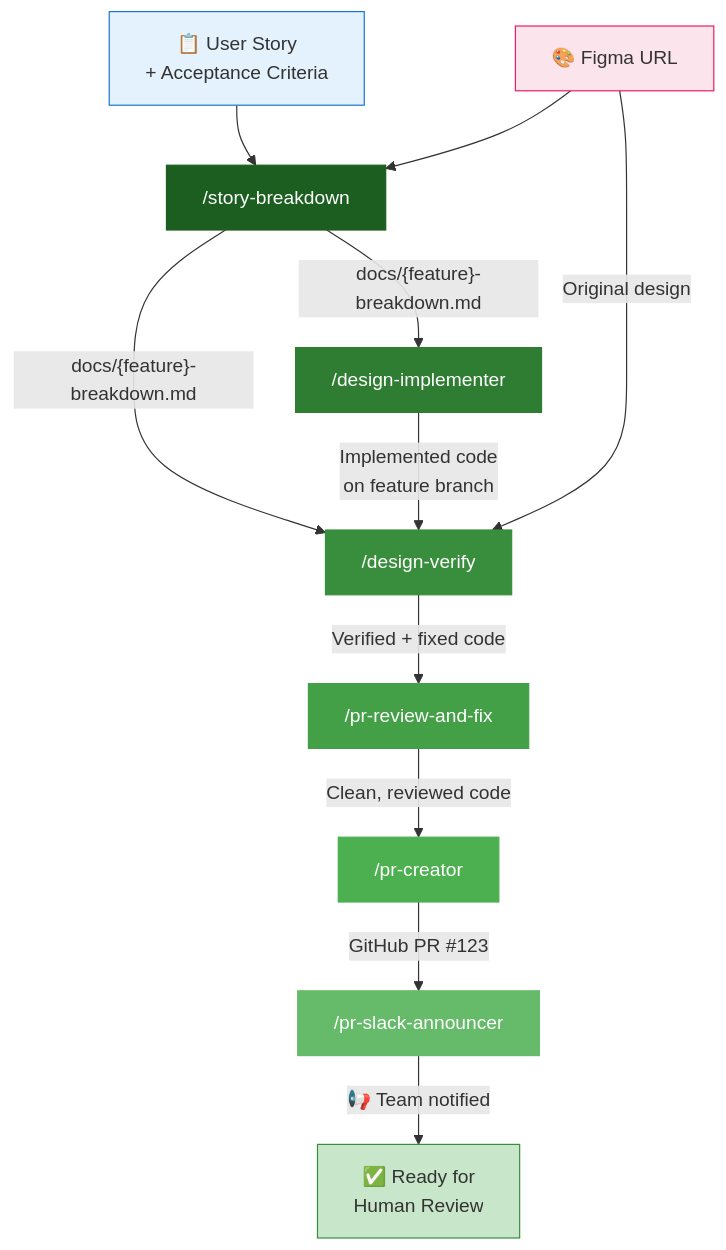
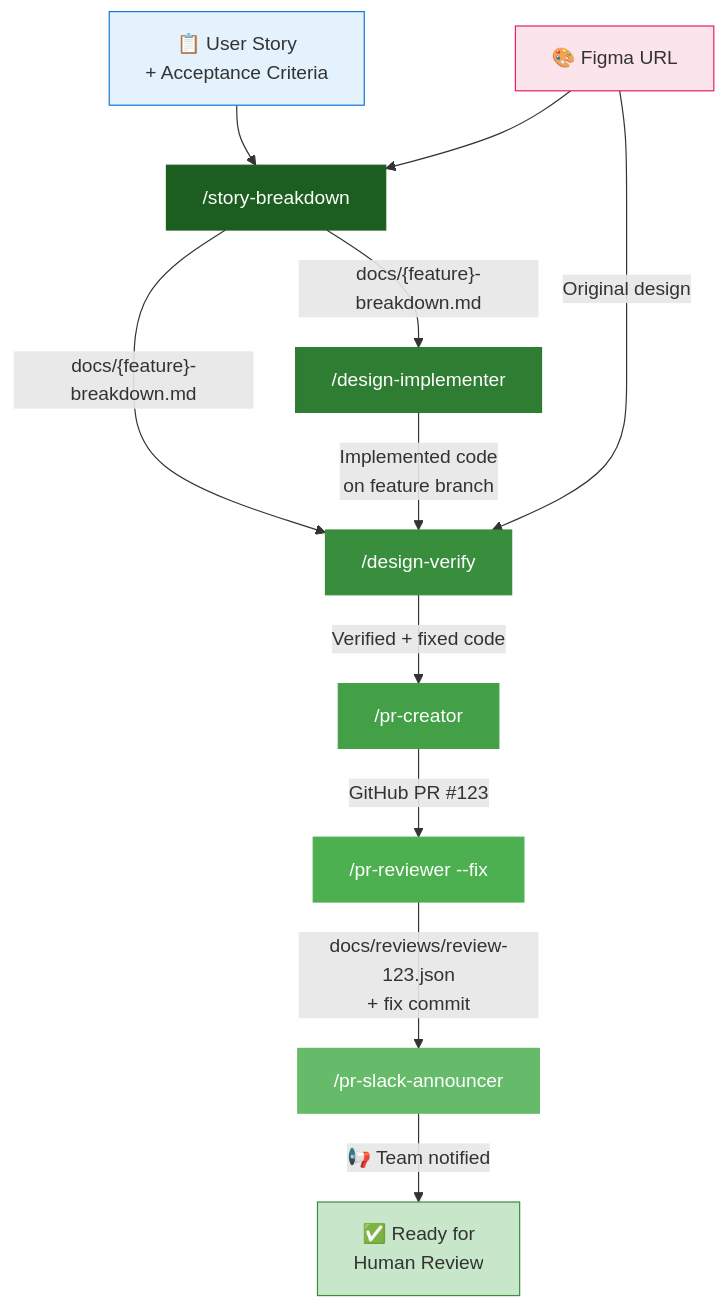
Diagram 13 of 17 in docs/development-workflow.md (karanivincent/claude-code-tools), drawn with Mermaid before and after one commit. The commit also changed other lines of this file, not shown here.

First line of the commit message:
docs: rename /pr-review-and-fix to /pr-reviewer --fix and fix the pipeline order (#19)

````diff
--- a/docs/development-workflow.md
+++ b/docs/development-workflow.md
@@ -384,36 +424,36 @@
 ```mermaid
 flowchart TD
     US["📋 User Story<br/>+ Acceptance Criteria"] --> SB
     FIG["🎨 Figma URL"] --> SB
 
     SB["/story-breakdown"]
     SB -->|"docs/{feature}-breakdown.md"| DI
     SB -->|"docs/{feature}-breakdown.md"| DV
 
     DI["/design-implementer"]
     DI -->|"Implemented code<br/>on feature branch"| DV
 
     FIG -->|"Original design"| DV
 
     DV["/design-verify"]
-    DV -->|"Verified + fixed code"| PRF
-
-    PRF["/pr-review-and-fix"]
-    PRF -->|"Clean, reviewed code"| PRC
+    DV -->|"Verified + fixed code"| PRC
 
     PRC["/pr-creator"]
-    PRC -->|"GitHub PR #123"| PSA
+    PRC -->|"GitHub PR #123"| PRR
+
+    PRR["/pr-reviewer --fix"]
+    PRR -->|"docs/reviews/review-123.json<br/>+ fix commit"| PSA
 
     PSA["/pr-slack-announcer"]
     PSA -->|"📢 Team notified"| DONE["✅ Ready for<br/>Human Review"]
 
     style US fill:#E3F2FD,stroke:#1976D2
     style FIG fill:#FCE4EC,stroke:#E91E63
     style SB fill:#1B5E20,stroke:#1B5E20,color:#fff
     style DI fill:#2E7D32,stroke:#2E7D32,color:#fff
     style DV fill:#388E3C,stroke:#388E3C,color:#fff
-    style PRF fill:#43A047,stroke:#43A047,color:#fff
-    style PRC fill:#4CAF50,stroke:#4CAF50,color:#fff
+    style PRC fill:#43A047,stroke:#43A047,color:#fff
+    style PRR fill:#4CAF50,stroke:#4CAF50,color:#fff
     style PSA fill:#66BB6A,stroke:#66BB6A,color:#fff
     style DONE fill:#C8E6C9,stroke:#388E3C
 ```
````
